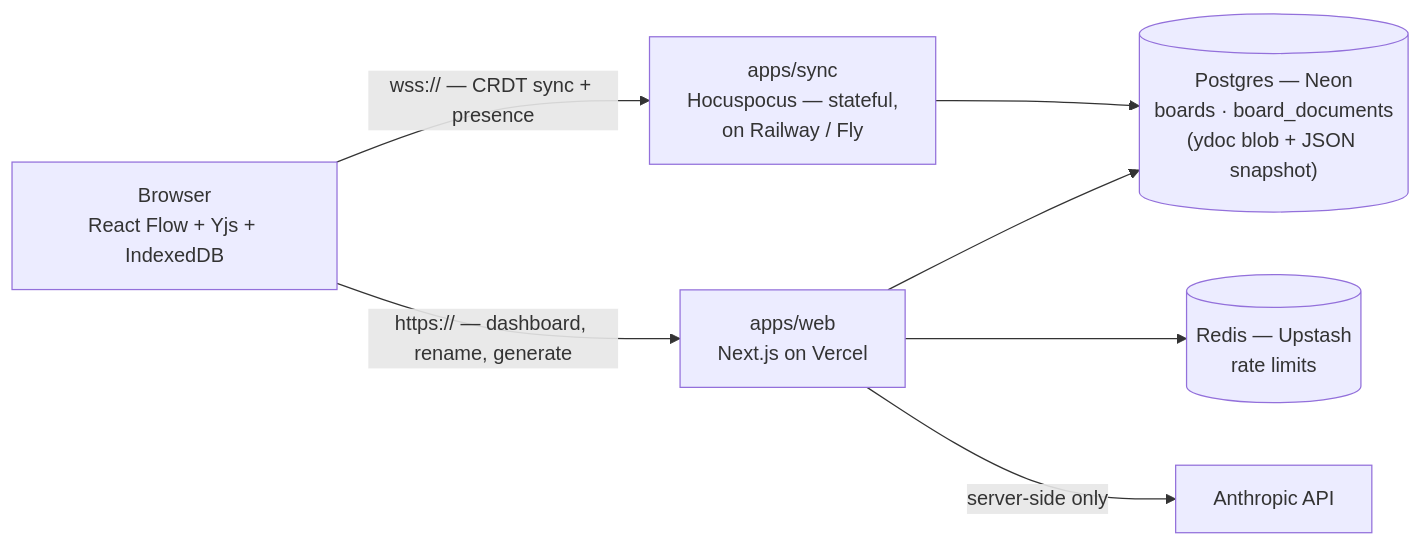
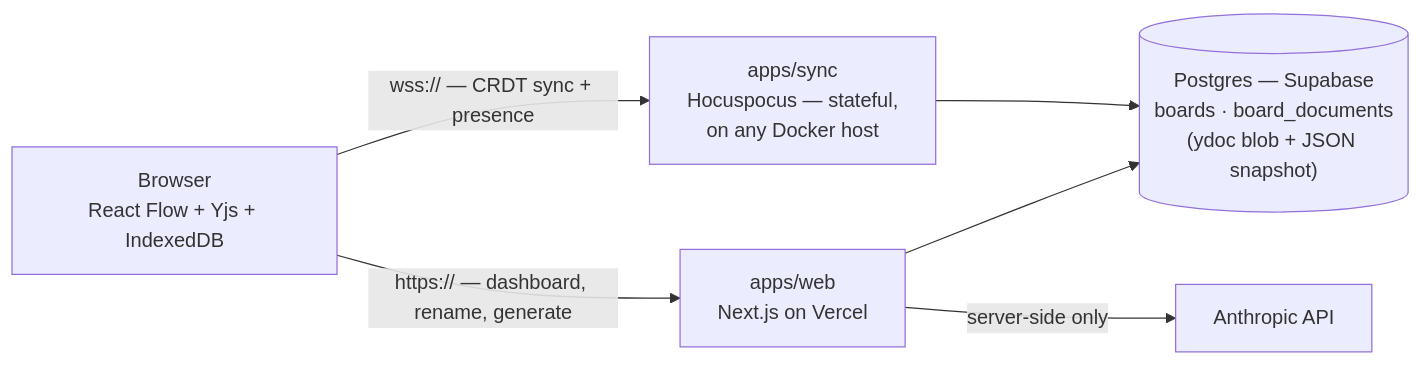
The diagram in README.md (Darlinglove002/multiplayer-visual-canvas), drawn with Mermaid before and after one commit. The commit also changed other lines of this file and 16 other files, not shown here.

First line of the commit message:
Run on Supabase: Postgres rate limits, verified TLS, locked-down REST API

````diff
--- a/README.md
+++ b/README.md
@@ -33,16 +37,14 @@
 ```mermaid
 flowchart LR
     B["Browser<br/>React Flow + Yjs + IndexedDB"]
     W["apps/web<br/>Next.js on Vercel"]
-    S["apps/sync<br/>Hocuspocus — stateful,<br/>on Railway / Fly"]
-    PG[("Postgres — Neon<br/>boards · board_documents<br/>(ydoc blob + JSON snapshot)")]
-    R[("Redis — Upstash<br/>rate limits")]
+    S["apps/sync<br/>Hocuspocus — stateful,<br/>on any Docker host"]
+    PG[("Postgres — Supabase<br/>boards · board_documents<br/>(ydoc blob + JSON snapshot)")]
     AI["Anthropic API"]
 
     B -- "wss:// — CRDT sync + presence" --> S
     B -- "https:// — dashboard, rename, generate" --> W
     S --> PG
     W --> PG
-    W --> R
     W -- "server-side only" --> AI
 ```
````
